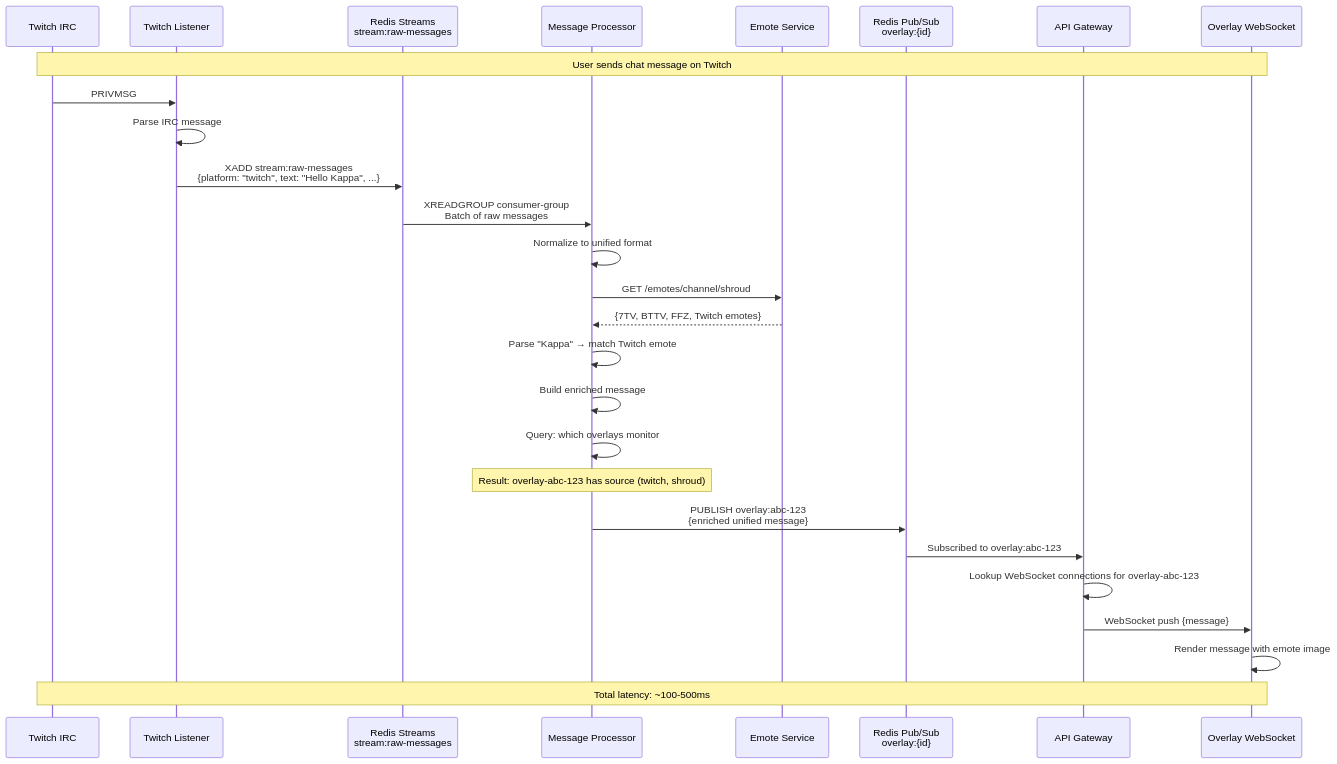
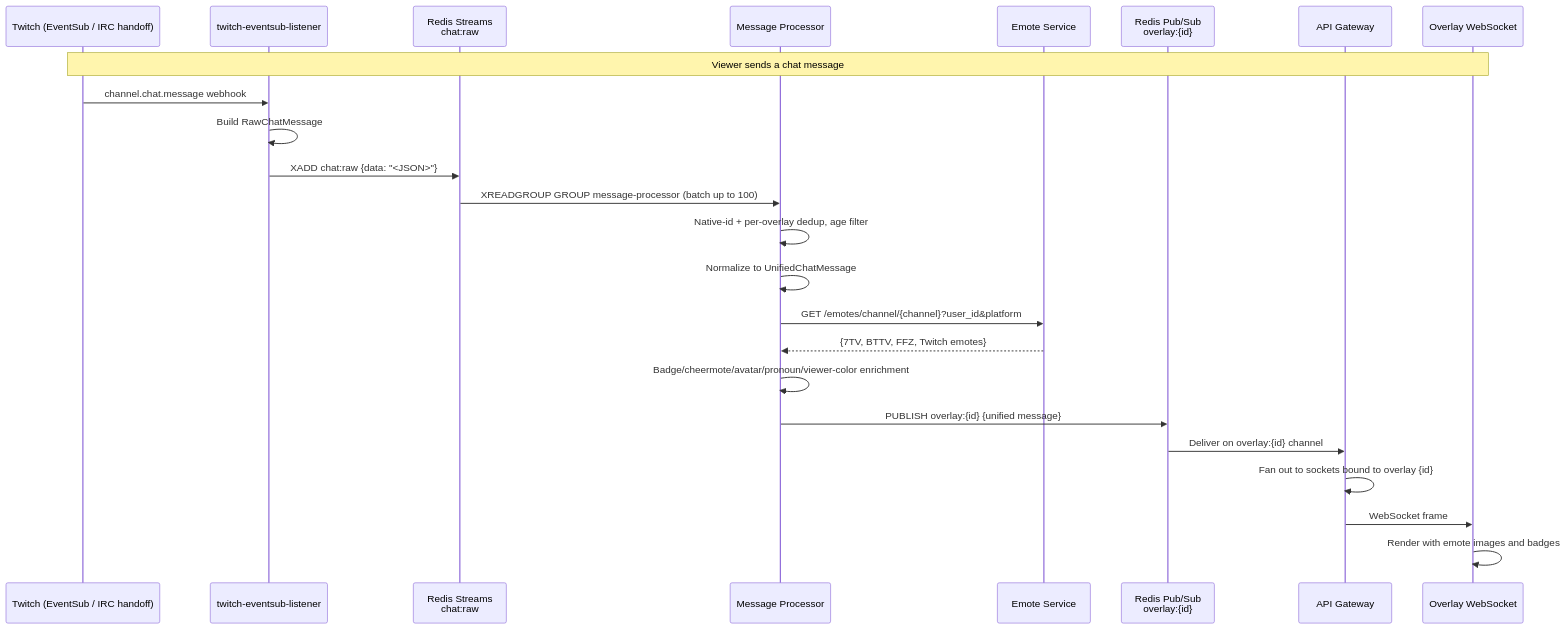
Before and after one commit to caesarakalaeii/all-chat: the first of 5 diagrams in docs/architecture/01-DATA-FLOW.md, drawn with Mermaid. The commit also changed other lines of this file and 10 other files, not shown here.

First line of the commit message:
docs(architecture): bring the architecture docs in line with the running system

````diff
--- a/docs/architecture/01-DATA-FLOW.md
+++ b/docs/architecture/01-DATA-FLOW.md
@@ -38,34 +41,29 @@
 ```mermaid
 sequenceDiagram
-    participant Twitch as Twitch IRC
-    participant TW_Listener as Twitch Listener
-    participant Redis_S as Redis Streams<br/>stream:raw-messages
-    participant Processor as Message Processor
-    participant Emote as Emote Service
+    participant Twitch as Twitch (EventSub / IRC handoff)
+    participant TW as twitch-eventsub-listener
+    participant Redis_S as Redis Streams<br/>chat:raw
+    participant MP as Message Processor
+    participant ES as Emote Service
     participant Redis_PS as Redis Pub/Sub<br/>overlay:{id}
     participant Gateway as API Gateway
     participant Overlay as Overlay WebSocket
 
-    Note over Twitch,Overlay: User sends chat message on Twitch
+    Note over Twitch,Overlay: Viewer sends a chat message
 
-    Twitch->>TW_Listener: PRIVMSG #shroud :Hello Kappa
-    TW_Listener->>TW_Listener: Parse IRC message
-    TW_Listener->>Redis_S: XADD stream:raw-messages<br/>{platform: "twitch", text: "Hello Kappa", ...}
+    Twitch->>TW: channel.chat.message webhook
+    TW->>TW: Build RawChatMessage
+    TW->>Redis_S: XADD chat:raw {data: "<JSON>"}
 
-    Redis_S->>Processor: XREADGROUP consumer-group<br/>Batch of raw messages
-    Processor->>Processor: Normalize to unified format
-    Processor->>Emote: GET /emotes/channel/shroud
-    Emote-->>Processor: {7TV, BTTV, FFZ, Twitch emotes}
-    Processor->>Processor: Parse "Kappa" → match Twitch emote
-    Processor->>Processor: Build enriched message
-    Processor->>Processor: Query: which overlays monitor #shroud?
-    Note over Processor: Result: overlay-abc-123 has source (twitch, shroud)
-
-    Processor->>Redis_PS: PUBLISH overlay:abc-123<br/>{enriched unified message}
-    Redis_PS->>Gateway: Subscribed to overlay:abc-123
-    Gateway->>Gateway: Lookup WebSocket connections for overlay-abc-123
-    Gateway->>Overlay: WebSocket push {message}
-    Overlay->>Overlay: Render message with emote image
-
-    Note over Twitch,Overlay: Total latency: ~100-500ms
+    Redis_S->>MP: XREADGROUP GROUP message-processor (batch up to 100)
+    MP->>MP: Native-id + per-overlay dedup, age filter
+    MP->>MP: Normalize to UnifiedChatMessage
+    MP->>ES: GET /emotes/channel/{channel}?user_id&platform
+    ES-->>MP: {7TV, BTTV, FFZ, Twitch emotes}
+    MP->>MP: Badge/cheermote/avatar/pronoun/viewer-color enrichment
+    MP->>Redis_PS: PUBLISH overlay:{id} {unified message}
+    Redis_PS->>Gateway: Deliver on overlay:{id} channel
+    Gateway->>Gateway: Fan out to sockets bound to overlay {id}
+    Gateway->>Overlay: WebSocket frame
+    Overlay->>Overlay: Render with emote images and badges
 ```
````
